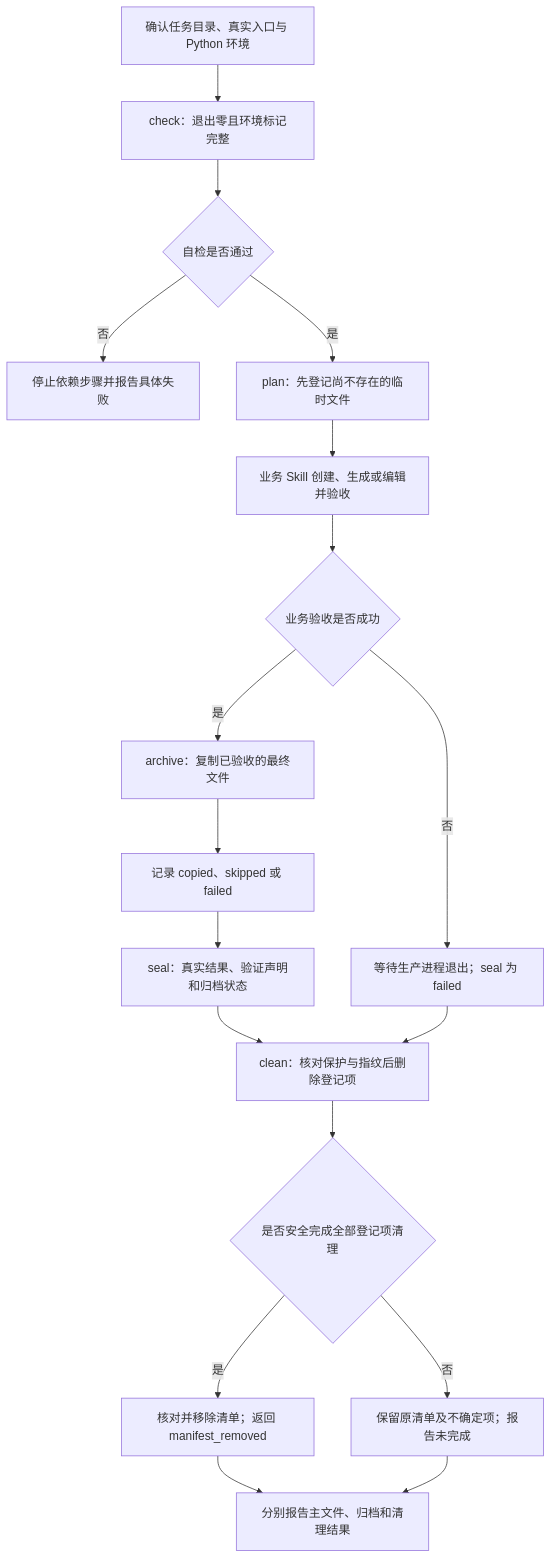
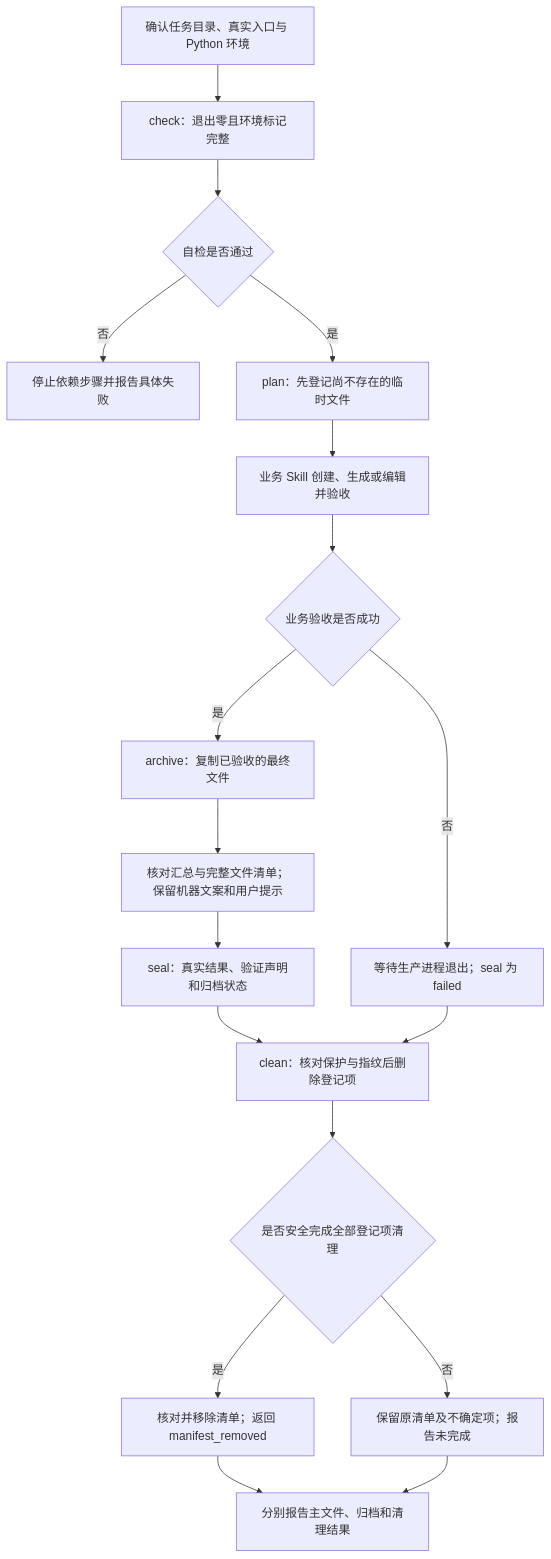
Before and after one commit to JohnParken/PSL-SKILLS: the second of 2 diagrams in docs/skills/artifact-lifecycle.md, drawn with Mermaid. The commit also changed other lines of this file and 17 other files, not shown here.

````diff
--- a/docs/skills/artifact-lifecycle.md
+++ b/docs/skills/artifact-lifecycle.md
@@ -50,20 +50,20 @@
 ```mermaid
 flowchart TD
     A["确认任务目录、真实入口与 Python 环境"] --> B["check：退出零且环境标记完整"]
     B --> C{"自检是否通过"}
     C -->|"否"| D["停止依赖步骤并报告具体失败"]
     C -->|"是"| E["plan：先登记尚不存在的临时文件"]
     E --> F["业务 Skill 创建、生成或编辑并验收"]
     F --> G{"业务验收是否成功"}
     G -->|"是"| H["archive：复制已验收的最终文件"]
-    H --> I["记录 copied、skipped 或 failed"]
+    H --> I["核对汇总与完整文件清单；保留机器文案和用户提示"]
     I --> J["seal：真实结果、验证声明和归档状态"]
     G -->|"否"| K["等待生产进程退出；seal 为 failed"]
     J --> L["clean：核对保护与指纹后删除登记项"]
     K --> L
     L --> M{"是否安全完成全部登记项清理"}
     M -->|"是"| N["核对并移除清单；返回 manifest_removed"]
     M -->|"否"| O["保留原清单及不确定项；报告未完成"]
     N --> P["分别报告主文件、归档和清理结果"]
     O --> P
 ```
````
